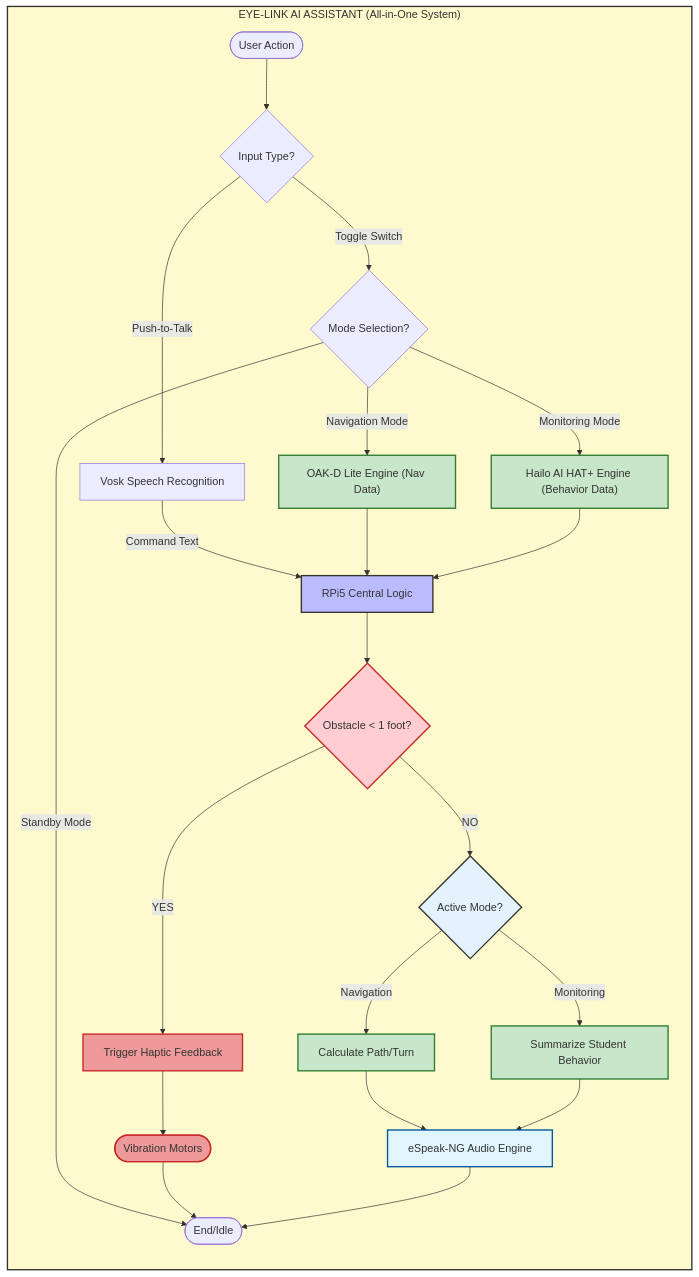
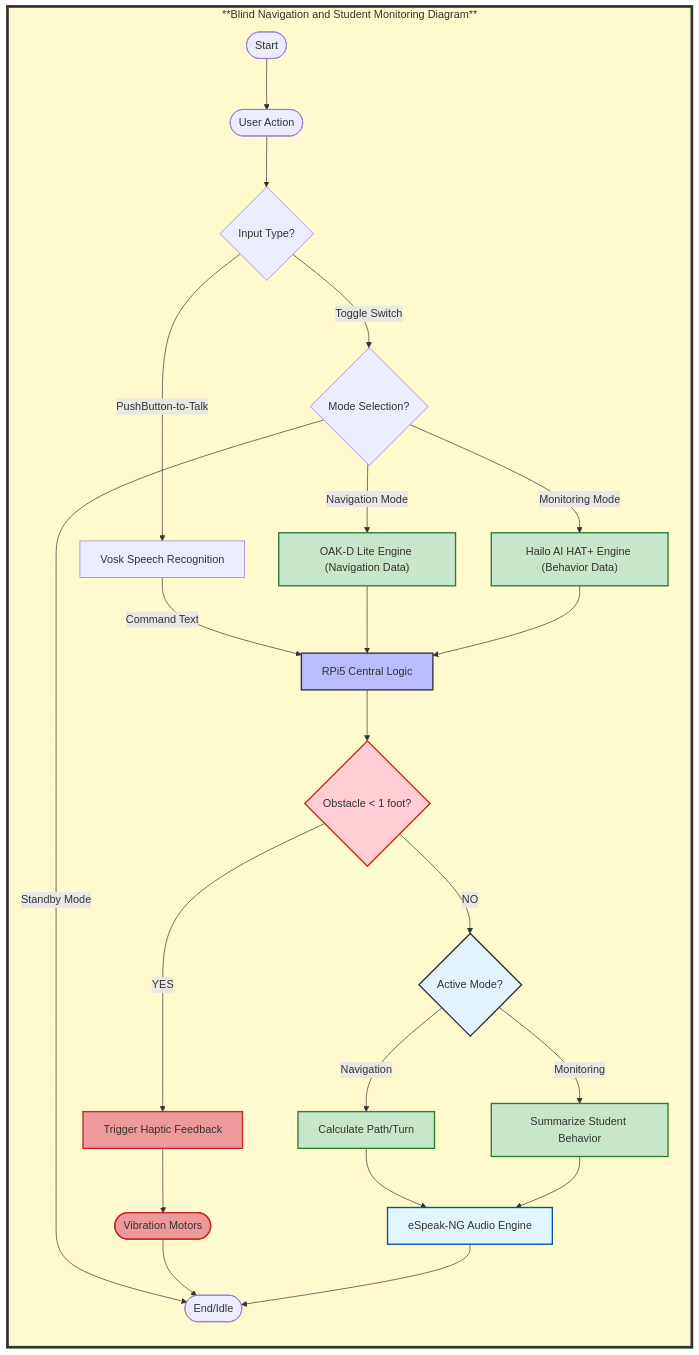
The diagram in Blind Navigation/README.md (Sense-Say/SENSEY), drawn with Mermaid before and after one commit. The commit also changed other lines of this file, not shown here.

Commit message:
Update README with new block diagram title and details

````diff
--- a/Blind Navigation/README.md
+++ b/Blind Navigation/README.md
@@ -3,57 +3,59 @@
 ```mermaid
 graph TD
     %% Define the single, large system container
-    subgraph SYSTEM_CONTAINER ["EYE-LINK AI ASSISTANT (All-in-One System)"]
+    subgraph SYSTEM_CONTAINER ["**Blind Navigation and Student Monitoring Diagram**"]
         direction TB
+        %% 0. Start
+        Z([Start]) -->
 
         %% 1. Input Flow
         A([User Action]) --> B{Input Type?}
         
         B -->|Toggle Switch| C{Mode Selection?}
-        B -->|Push-to-Talk| D["Vosk Speech Recognition"]
+        B -->|PushButton-to-Talk| D["Vosk Speech Recognition"]
         D -->|Command Text| RPICPU
 
         %% 2. Mode Activation & Data Flow
-        C -->|Navigation Mode| E["OAK-D Lite Engine (Nav Data)"]
+        C -->|Navigation Mode| E["OAK-D Lite Engine (Navigation Data)"]
         C -->|Monitoring Mode| F["Hailo AI HAT+ Engine (Behavior Data)"]
         C -->|Standby Mode| K([End/Idle])
         
         E --> RPICPU
         F --> RPICPU
         
         %% 3. Central Processing & Safety Check
         RPICPU[RPi5 Central Logic] --> H{Obstacle < 1 foot?}
 
         %% 4. Decision Branches & Output
         
         %% Critical Safety Path - Haptic Only
         H -->|YES| I["Trigger Haptic Feedback"]
         I --> J([Vibration Motors])
         
         %% Normal Operation Path
         H -->|NO| L{Active Mode?}
         
         L -->|Navigation| M["Calculate Path/Turn"]
         L -->|Monitoring| N["Summarize Student Behavior"]
         
         M --> O["eSpeak-NG Audio Engine"]
         N --> O
     end
 
     %% Connect Outputs to the Final End State
     J --> K
     O --> K
 
     %% --- Styling for Clarity ---
-    style SYSTEM_CONTAINER fill:#fffacd,stroke:#333,stroke-width:2px;
+    style SYSTEM_CONTAINER fill:#fffacd,stroke:#333,stroke-width:4px;
     style H fill:#ffcdd2,stroke:#c62828,stroke-width:2px
     style I fill:#ef9a9a,stroke:#c62828,stroke-width:2px
     style J fill:#ef9a9a,stroke:#c62828,stroke-width:2px
     style L fill:#e3f2fd,stroke:#333,stroke-width:2px
     style M fill:#c8e6c9,stroke:#2e7d32,stroke-width:2px
     style N fill:#c8e6c9,stroke:#2e7d32,stroke-width:2px
     style E fill:#c8e6c9,stroke:#2e7d32,stroke-width:2px
     style F fill:#c8e6c9,stroke:#2e7d32,stroke-width:2px
     style O fill:#e1f5fe,stroke:#01579b,stroke-width:2px
     style RPICPU fill:#bbf,stroke:#333,stroke-width:2px
 ```
````
